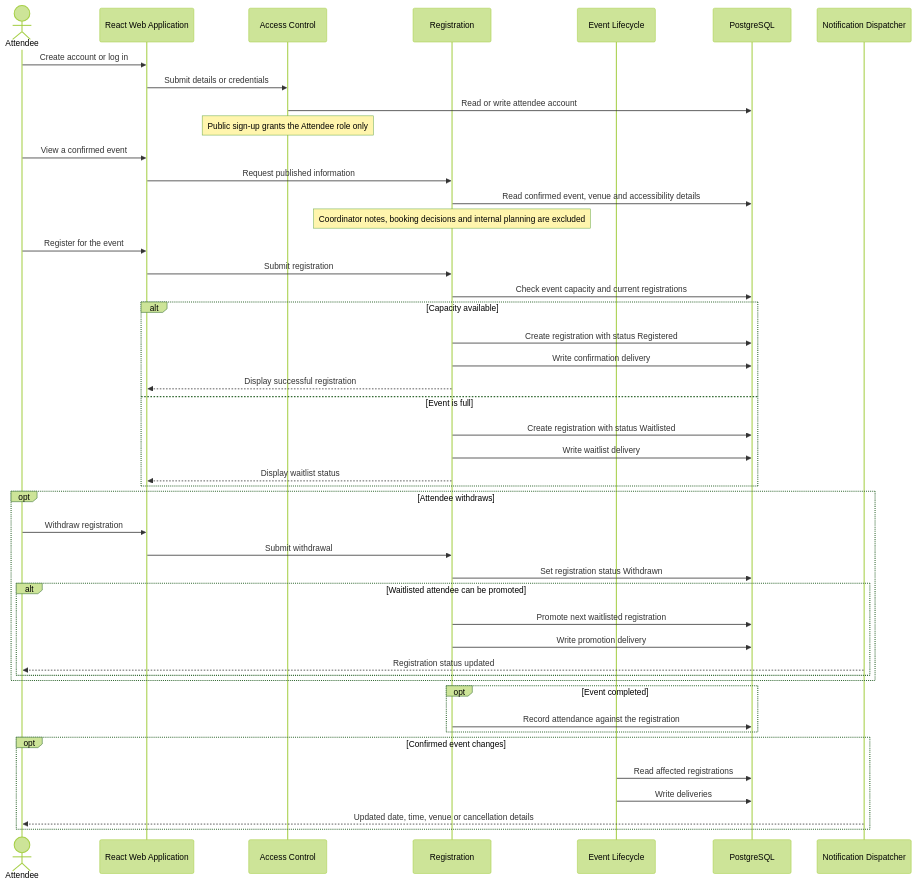
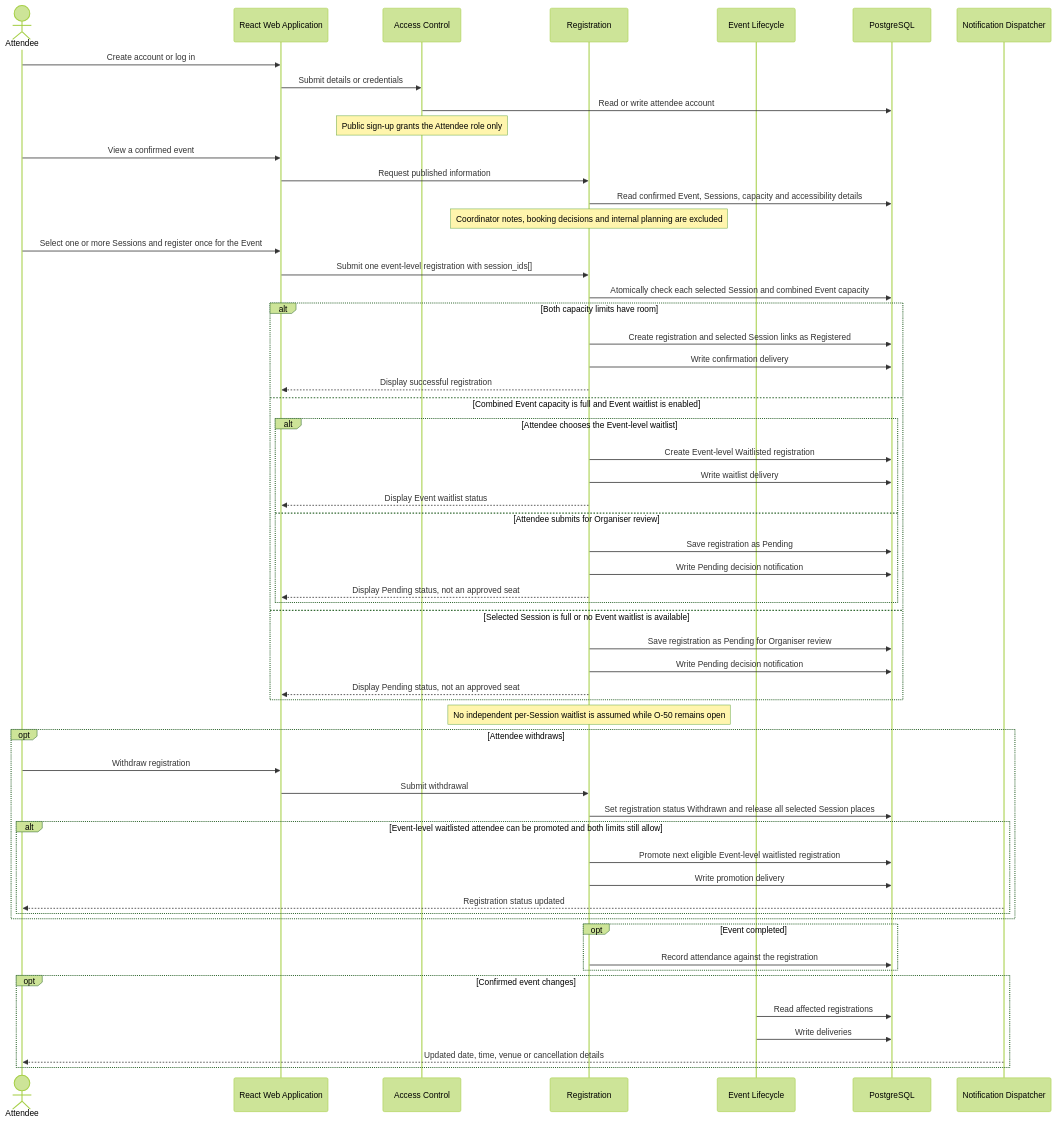
The fifth of 8 diagrams in docs/dynamic-user-flows.md (hongyime/sgConnectSphere2026), drawn with Mermaid (forest theme) before and after one commit. The commit also changed other lines of this file and 29 other files, not shown here.

First line of the commit message:
docs(architecture): align Week 9 schema and UI handoff

````diff
--- a/docs/dynamic-user-flows.md
+++ b/docs/dynamic-user-flows.md
@@ -241,54 +278,65 @@
 ```mermaid
 sequenceDiagram
     actor AT as Attendee
     participant UI as React Web Application
     participant IAM as Access Control
     participant REG as Registration
     participant EVT as Event Lifecycle
     participant DB as PostgreSQL
     participant NOT as Notification Dispatcher
 
     AT->>UI: Create account or log in
     UI->>IAM: Submit details or credentials
     IAM->>DB: Read or write attendee account
     Note over IAM: Public sign-up grants the Attendee role only
 
     AT->>UI: View a confirmed event
     UI->>REG: Request published information
-    REG->>DB: Read confirmed event, venue and accessibility details
+    REG->>DB: Read confirmed Event, Sessions, capacity and accessibility details
     Note over REG: Coordinator notes, booking decisions and internal planning are excluded
 
-    AT->>UI: Register for the event
-    UI->>REG: Submit registration
-    REG->>DB: Check event capacity and current registrations
-    alt Capacity available
-        REG->>DB: Create registration with status Registered
+    AT->>UI: Select one or more Sessions and register once for the Event
+    UI->>REG: Submit one event-level registration with session_ids[]
+    REG->>DB: Atomically check each selected Session and combined Event capacity
+    alt Both capacity limits have room
+        REG->>DB: Create registration and selected Session links as Registered
         REG->>DB: Write confirmation delivery
         REG-->>UI: Display successful registration
-    else Event is full
-        REG->>DB: Create registration with status Waitlisted
-        REG->>DB: Write waitlist delivery
-        REG-->>UI: Display waitlist status
+    else Combined Event capacity is full and Event waitlist is enabled
+        alt Attendee chooses the Event-level waitlist
+            REG->>DB: Create Event-level Waitlisted registration
+            REG->>DB: Write waitlist delivery
+            REG-->>UI: Display Event waitlist status
+        else Attendee submits for Organiser review
+            REG->>DB: Save registration as Pending
+            REG->>DB: Write Pending decision notification
+            REG-->>UI: Display Pending status, not an approved seat
+        end
+    else Selected Session is full or no Event waitlist is available
+        REG->>DB: Save registration as Pending for Organiser review
+        REG->>DB: Write Pending decision notification
+        REG-->>UI: Display Pending status, not an approved seat
     end
+    Note over REG: No independent per-Session waitlist is assumed while O-50 remains open
 
     opt Attendee withdraws
         AT->>UI: Withdraw registration
         UI->>REG: Submit withdrawal
-        REG->>DB: Set registration status Withdrawn
-        alt Waitlisted attendee can be promoted
-            REG->>DB: Promote next waitlisted registration
+        REG->>DB: Set registration status Withdrawn and release all selected Session places
+        alt Event-level waitlisted attendee can be promoted and both limits still allow
+            REG->>DB: Promote next eligible Event-level waitlisted registration
             REG->>DB: Write promotion delivery
             NOT-->>AT: Registration status updated
         end
     end
 
     opt Event completed
         REG->>DB: Record attendance against the registration
     end
 
     opt Confirmed event changes
         EVT->>DB: Read affected registrations
         EVT->>DB: Write deliveries
         NOT-->>AT: Updated date, time, venue or cancellation details
     end
 ```
````
